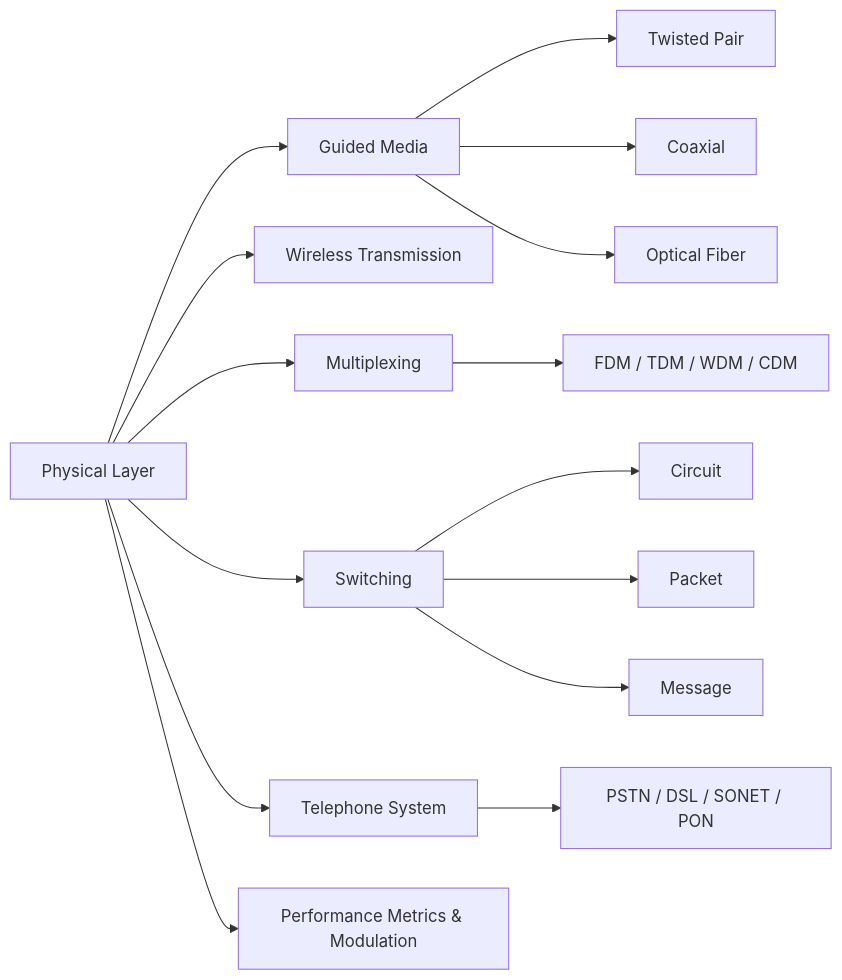
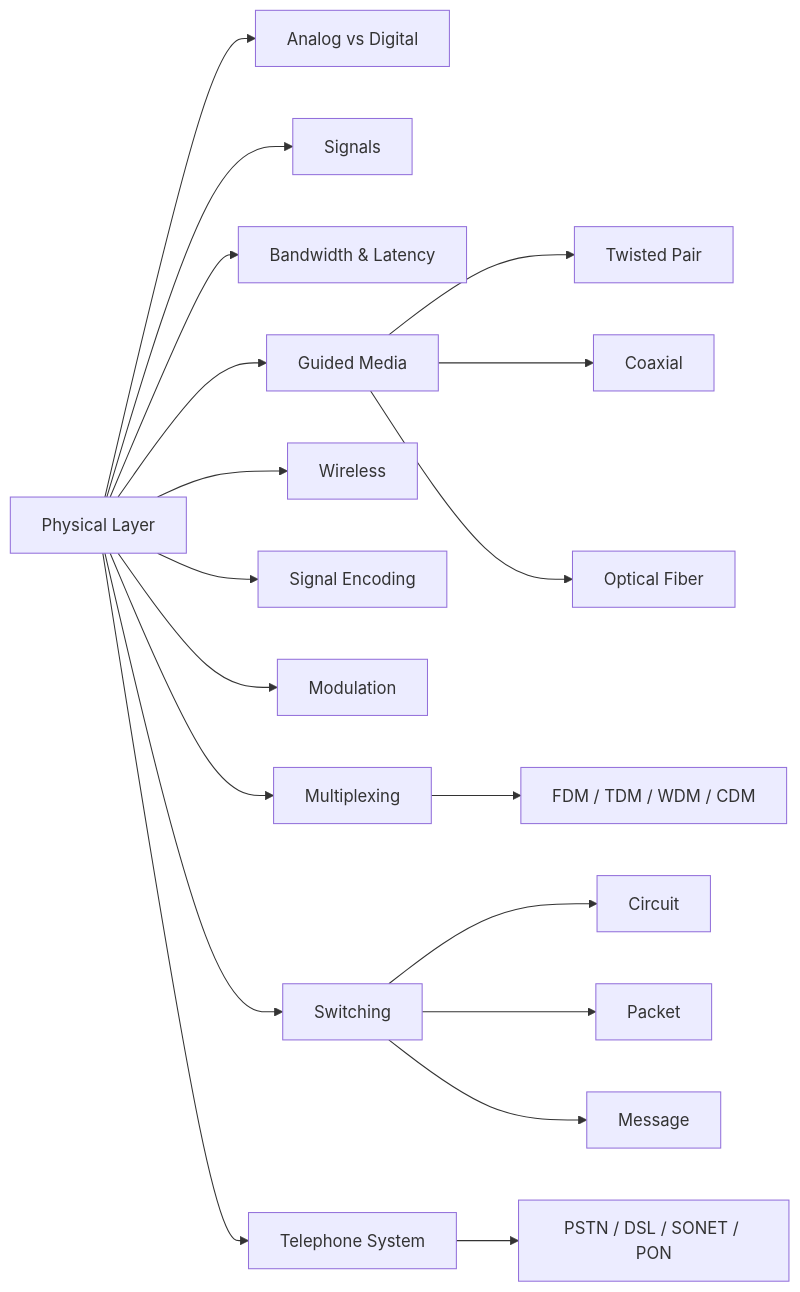
One commit to Raushan666java/ai-engineering-journey changed the diagram in docs/courses/computer-networks/02-physical-layer.md. Above: the diagram before and after it, drawn with Mermaid. The commit also changed other lines of this file and 17 other files, not shown here.

````diff
--- a/docs/courses/computer-networks/02-physical-layer.md
+++ b/docs/courses/computer-networks/02-physical-layer.md
@@ -28,17 +33,21 @@
 ```mermaid
 flowchart LR
-    A[Physical Layer] --> B[Guided Media]
-    A --> C[Wireless Transmission]
-    A --> D[Multiplexing]
-    A --> E[Switching]
-    A --> F[Telephone System]
-    B --> B1[Twisted Pair]
-    B --> B2[Coaxial]
-    B --> B3[Optical Fiber]
-    D --> D1[FDM / TDM / WDM / CDM]
-    E --> E1[Circuit]
-    E --> E2[Packet]
-    E --> E3[Message]
-    F --> F1[PSTN / DSL / SONET / PON]
-    A --> G[Performance Metrics & Modulation]
+    A[Physical Layer] --> B[Analog vs Digital]
+    A --> C[Signals]
+    A --> D[Bandwidth & Latency]
+    A --> E[Guided Media]
+    A --> F[Wireless]
+    A --> G[Signal Encoding]
+    A --> H[Modulation]
+    A --> I[Multiplexing]
+    A --> J[Switching]
+    A --> K[Telephone System]
+    E --> E1[Twisted Pair]
+    E --> E2[Coaxial]
+    E --> E3[Optical Fiber]
+    I --> I1[FDM / TDM / WDM / CDM]
+    J --> J1[Circuit]
+    J --> J2[Packet]
+    J --> J3[Message]
+    K --> K1[PSTN / DSL / SONET / PON]
 ```
````
